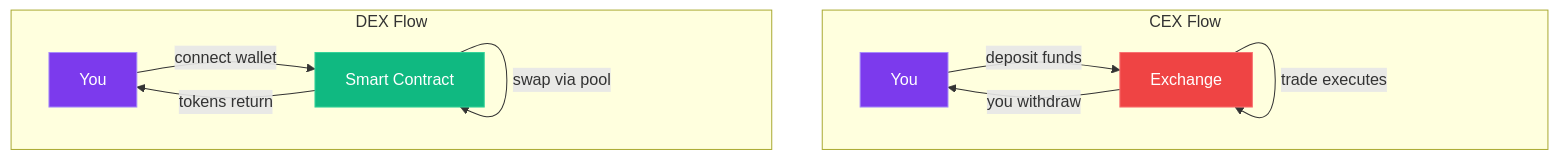
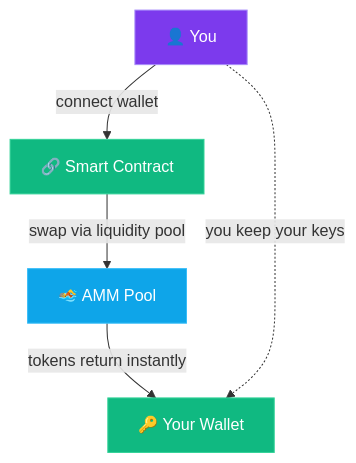
Before and after one commit to jestersimpps/cv: the second of 3 diagrams in content/blog/crypto-unlocked-12-cexs-vs-dexs.mdx, drawn with Mermaid. The commit also changed other lines of this file and 16 other files, not shown here.

First line of the commit message:
feat: replace AI-generated images with real screenshots and mermaid charts across crypto series

````diff
--- a/content/blog/crypto-unlocked-12-cexs-vs-dexs.mdx
+++ b/content/blog/crypto-unlocked-12-cexs-vs-dexs.mdx
@@ -20,20 +33,12 @@
 ```mermaid
 graph TD
-    subgraph CEX Flow
-        UC[You] -->|deposit funds| EX[Exchange]
-        EX -->|matches order| EX
-        EX -->|trade executes| EX
-        EX -->|you withdraw| UC
-    end
+    A[👤 You] -->|connect wallet| B[🔗 Smart Contract]
+    B -->|swap via liquidity pool| C[🏊 AMM Pool]
+    C -->|tokens return instantly| D[🔑 Your Wallet]
+    A -.->|you keep your keys| D
 
-    subgraph DEX Flow
-        UD[You] -->|connect wallet| SC[Smart Contract]
-        SC -->|swap via pool| SC
-        SC -->|tokens return| UD
-    end
-
-    style UC fill:#7c3aed,stroke:#a78bfa,color:#fff
-    style UD fill:#7c3aed,stroke:#a78bfa,color:#fff
-    style EX fill:#ef4444,stroke:#f87171,color:#fff
-    style SC fill:#10b981,stroke:#34d399,color:#fff
+    style A fill:#7c3aed,stroke:#a78bfa,color:#fff
+    style B fill:#10b981,stroke:#34d399,color:#fff
+    style C fill:#0ea5e9,stroke:#38bdf8,color:#fff
+    style D fill:#10b981,stroke:#34d399,color:#fff
 ```
````
